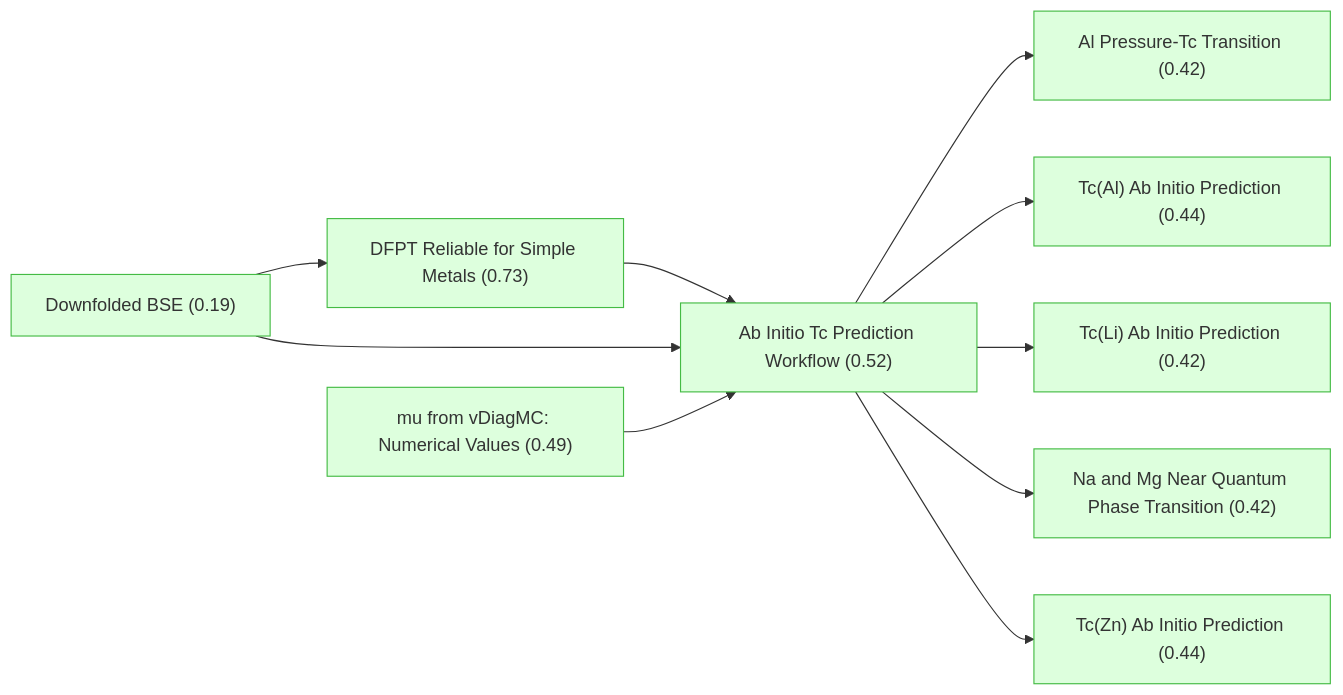
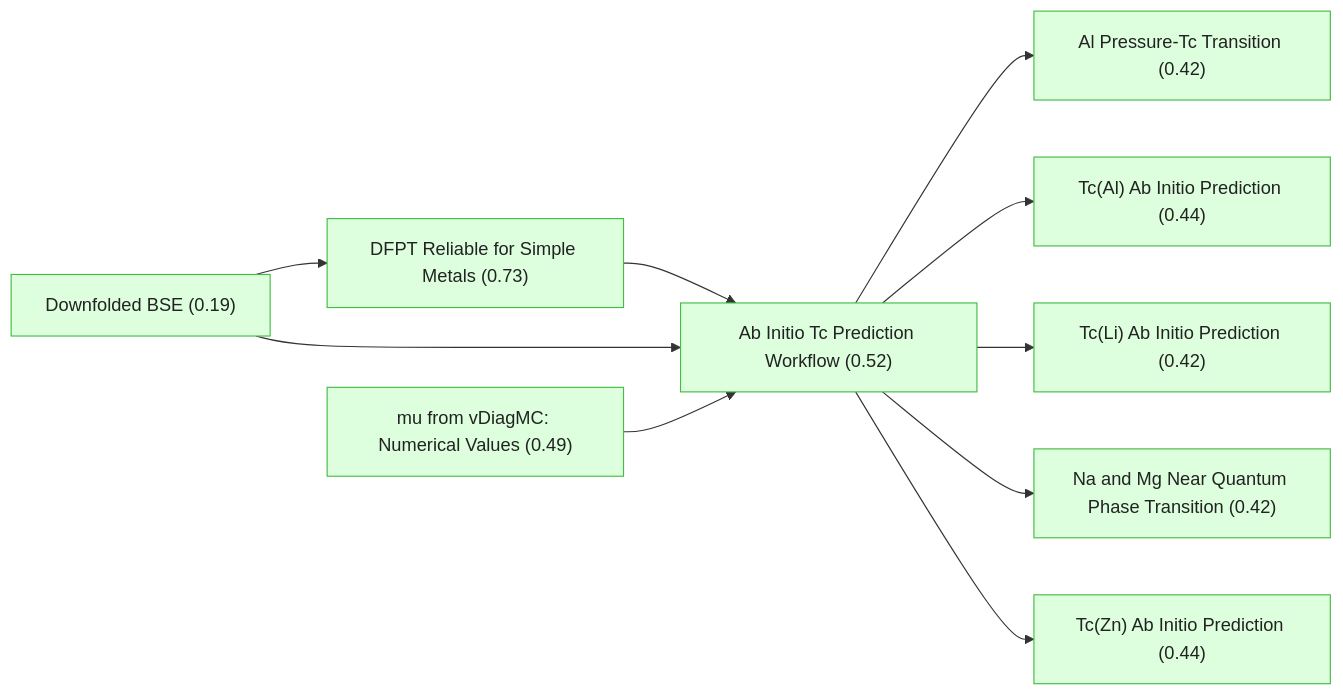
One commit to kunyuan/SuperconductivityElectronLiquids.gaia changed the first of 6 diagrams in README.md. Above: the diagram before and after it, drawn with Mermaid. The commit also changed other lines of this file, not shown here.

Commit message:
docs: darken Mermaid text in README

````diff
--- a/README.md
+++ b/README.md
@@ -7,31 +7,33 @@
 ```mermaid
 graph LR
     downfolded_bse["Downfolded BSE (0.19)"]:::derived
     mu_vdiagmc_values["mu from vDiagMC: Numerical Values (0.49)"]:::derived
     dfpt_reliable_for_simple_metals["DFPT Reliable for Simple Metals (0.73)"]:::derived
     ab_initio_workflow["Ab Initio Tc Prediction Workflow (0.52)"]:::derived
     tc_al_predicted["Tc(Al) Ab Initio Prediction (0.44)"]:::derived
     tc_zn_predicted["Tc(Zn) Ab Initio Prediction (0.44)"]:::derived
     tc_li_predicted["Tc(Li) Ab Initio Prediction (0.42)"]:::derived
     al_pressure_transition["Al Pressure-Tc Transition (0.42)"]:::derived
     tc_mg_na_near_qpt["Na and Mg Near Quantum Phase Transition (0.42)"]:::derived
     ab_initio_workflow --> al_pressure_transition
     ab_initio_workflow --> tc_al_predicted
     ab_initio_workflow --> tc_li_predicted
     ab_initio_workflow --> tc_mg_na_near_qpt
     ab_initio_workflow --> tc_zn_predicted
     dfpt_reliable_for_simple_metals --> ab_initio_workflow
     downfolded_bse --> ab_initio_workflow
     downfolded_bse --> dfpt_reliable_for_simple_metals
     mu_vdiagmc_values --> ab_initio_workflow
 
-    classDef setting fill:#f0f0f0,stroke:#999
-    classDef premise fill:#ddeeff,stroke:#4488bb
-    classDef derived fill:#ddffdd,stroke:#44bb44
-    classDef question fill:#fff3dd,stroke:#cc9944
-    classDef background fill:#f5f5f5,stroke:#bbb,stroke-dasharray: 5 5
-    classDef orphan fill:#fff,stroke:#ccc,stroke-dasharray: 5 5
-    classDef external fill:#fff,stroke:#aaa,stroke-dasharray: 3 3
-    classDef weak fill:#fff9c4,stroke:#f9a825,stroke-dasharray: 5 5
-    classDef contra fill:#ffebee,stroke:#c62828
+    classDef setting fill:#f0f0f0,stroke:#999,color:#222
+    classDef premise fill:#ddeeff,stroke:#4488bb,color:#222
+    classDef derived fill:#ddffdd,stroke:#44bb44,color:#222
+    classDef question fill:#fff3dd,stroke:#cc9944,color:#222
+    classDef background fill:#f5f5f5,stroke:#bbb,stroke-dasharray: 5 5,color:#222
+    classDef orphan fill:#fff,stroke:#ccc,stroke-dasharray: 5 5,color:#222
+    classDef external fill:#fff,stroke:#aaa,stroke-dasharray: 3 3,color:#222
+    classDef strategy fill:#f7f7f7,stroke:#777,color:#222
+    classDef operator fill:#f7f7f7,stroke:#777,color:#222
+    classDef weak fill:#fff9c4,stroke:#f9a825,stroke-dasharray: 5 5,color:#222
+    classDef contra fill:#ffebee,stroke:#c62828,color:#222
 ```
````
